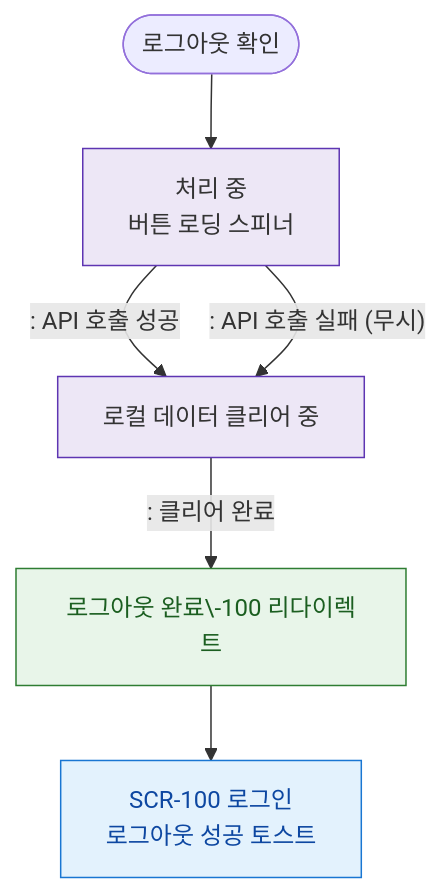
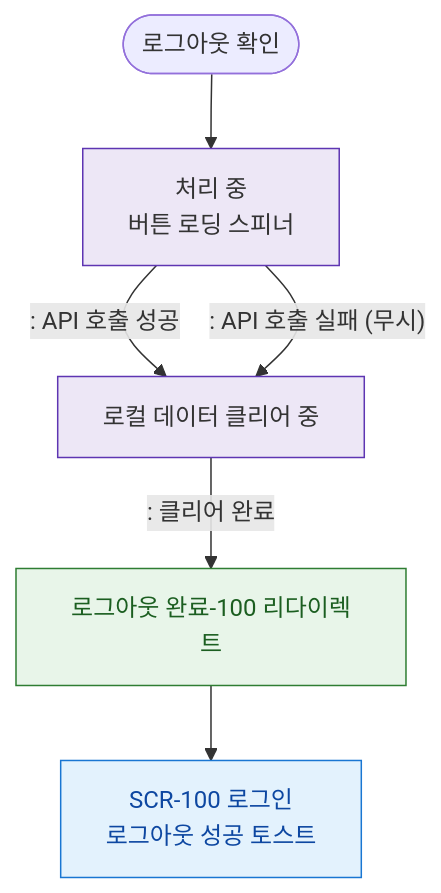
One commit to dev-spogym/admin-pando changed the diagram in docs/admin/다이어그램/D01_공통/SCR-109_로그아웃/F6_상태별.md. Above: the diagram before and after it, drawn with Mermaid. The commit also changed 369 other files, not shown here.

````diff
--- a/docs/admin/다이어그램/D01_공통/SCR-109_로그아웃/F6_상태별.md
+++ b/docs/admin/다이어그램/D01_공통/SCR-109_로그아웃/F6_상태별.md
@@ -17,18 +17,18 @@
 ```mermaid
 flowchart TD
     CONFIRM([로그아웃 확인]) --> STATE_PROCESSING[처리 중\n버튼 로딩 스피너]
 
     STATE_PROCESSING -->|": API 호출 성공"|STATE_CLEARING[로컬 데이터 클리어 중]
     STATE_PROCESSING -->|": API 호출 실패 (무시)"|STATE_CLEARING
 
-    STATE_CLEARING -->|": 클리어 완료"|STATE_DONE[로그아웃 완료\-100 리다이렉트]
+    STATE_CLEARING -->|": 클리어 완료"|STATE_DONE[로그아웃 완료-100 리다이렉트]
 
     STATE_DONE --> SCR_100[SCR-100 로그인\n로그아웃 성공 토스트]
 
     classDef screen fill:#E3F2FD,stroke:#1976D2,color:#0D47A1
     classDef system fill:#EDE7F6,stroke:#5E35B2
     classDef success fill:#E8F5E9,stroke:#2E7D32,color:#1B5E20
     class SCR_100 screen
     class STATE_PROCESSING,STATE_CLEARING system
     class STATE_DONE success
 ```
````
